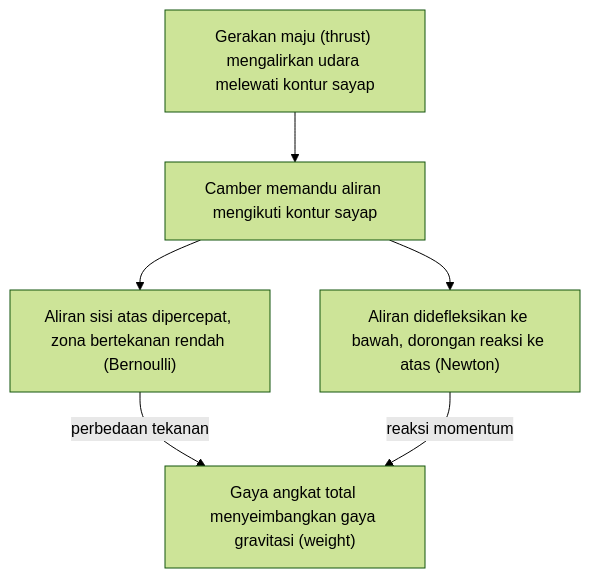
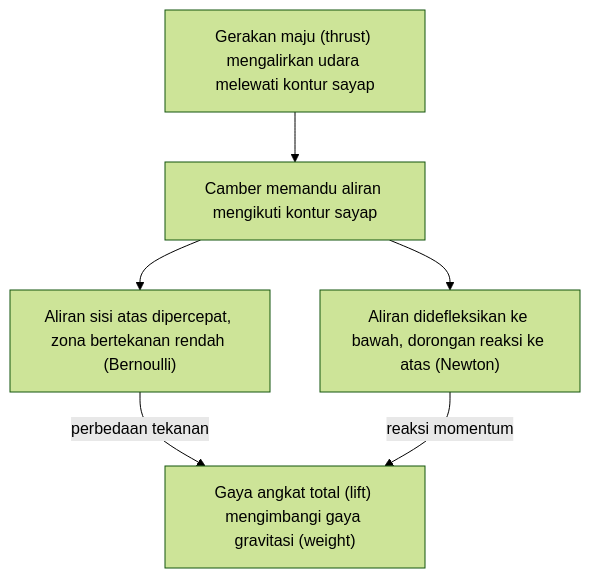
The diagram in books/aerodinamika-dan-desain-airfoil/src/content/01_pengantar-aerodinamika-pesawat-terbang.md (belajarcarabelajar/dawnbook), drawn with Mermaid (forest theme) before and after one commit. The commit also changed 20 other files, not shown here.

Commit message:
fix(books): reword eight diagram labels whose long words the 110 px wrap split mid-word

````diff
--- a/books/aerodinamika-dan-desain-airfoil/src/content/01_pengantar-aerodinamika-pesawat-terbang.md
+++ b/books/aerodinamika-dan-desain-airfoil/src/content/01_pengantar-aerodinamika-pesawat-terbang.md
@@ -88,10 +88,10 @@
 ```mermaid
 flowchart TD
     accTitle: Tahapan pembentukan gaya angkat
     accDescr: Gerakan maju dari propulsi mengalirkan udara melewati kontur sayap, lalu camber memandu aliran mengikuti kontur. Dari sana, aliran sisi atas dipercepat dan membentuk zona bertekanan rendah (Bernoulli), sementara aliran didefleksikan ke bawah dan memberi dorongan reaksi ke atas (Newton). Resultan perbedaan tekanan dan reaksi momentum menghasilkan gaya angkat total yang menyeimbangkan gaya gravitasi.
     L1["Gerakan maju (thrust) mengalirkan udara melewati kontur sayap"] --> L2["Camber memandu aliran mengikuti kontur sayap"]
     L2 --> L3["Aliran sisi atas dipercepat, zona bertekanan rendah (Bernoulli)"]
     L2 --> L4["Aliran didefleksikan ke bawah, dorongan reaksi ke atas (Newton)"]
-    L3 -->|"perbedaan tekanan"| L5["Gaya angkat total menyeimbangkan gaya gravitasi (weight)"]
+    L3 -->|"perbedaan tekanan"| L5["Gaya angkat total (lift) mengimbangi gaya gravitasi (weight)"]
     L4 -->|"reaksi momentum"| L5
 ```
````
